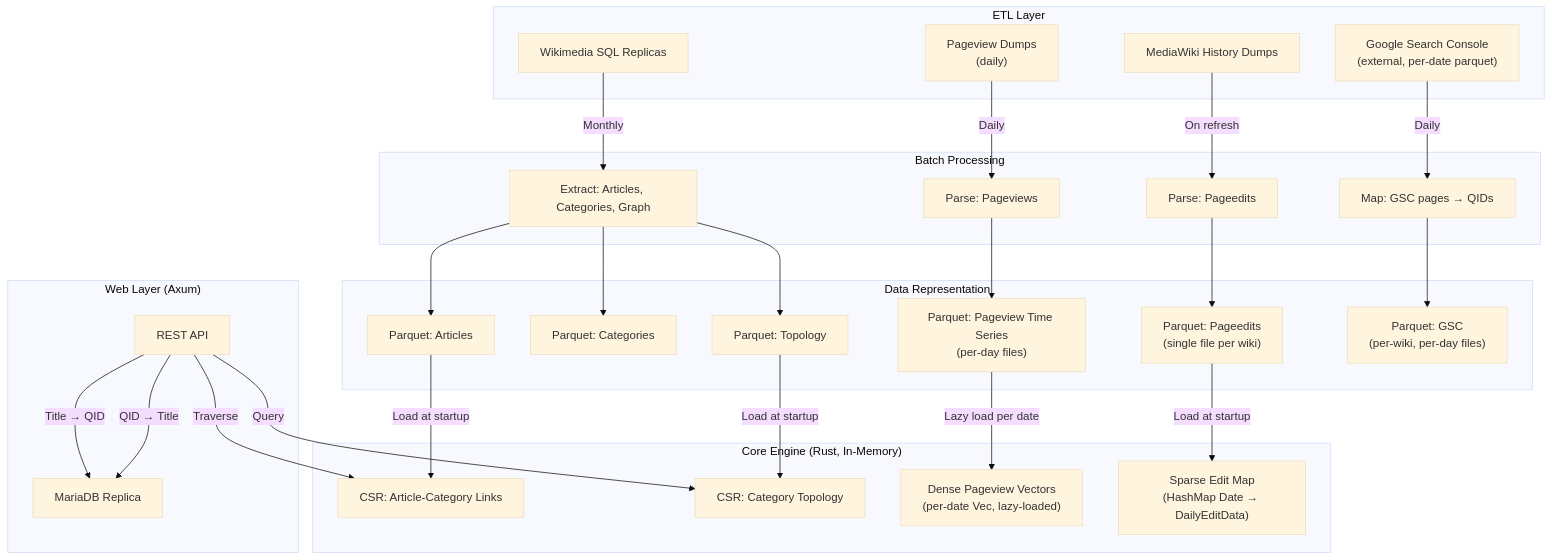
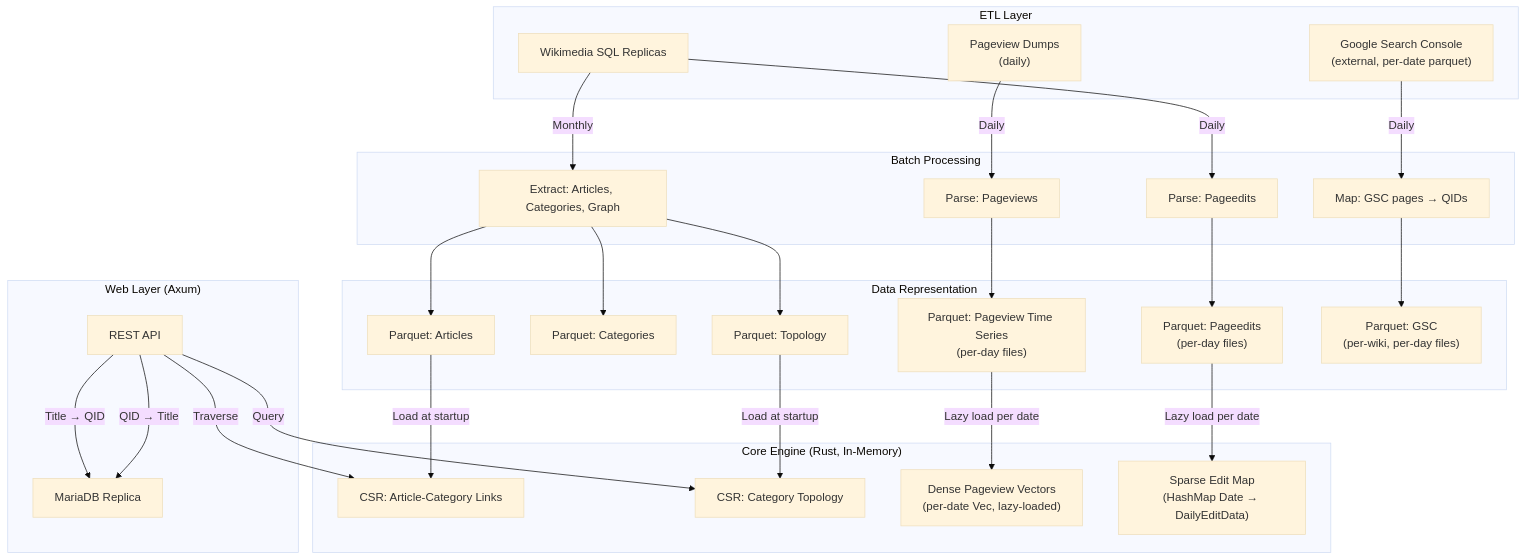
Before and after one commit to santhoshtr/topictrends: the diagram in README.md, drawn with Mermaid (base theme). The commit also changed other lines of this file and 7 other files, not shown here.

First line of the commit message:
pageedits: remove dump-based backfill, keep replica per-day fill

````diff
--- a/README.md
+++ b/README.md
@@ -40,59 +40,58 @@
 ```mermaid
 graph TD
     subgraph "ETL Layer"
         SQL["Wikimedia SQL Replicas"]
         PV_DUMPS["Pageview Dumps\n(daily)"]
-        PE_DUMPS["MediaWiki History Dumps"]
         GSC_DUMPS["Google Search Console\n(external, per-date parquet)"]
     end
 
     subgraph "Batch Processing"
         META["Extract: Articles, Categories, Graph"]
         PV_PROC["Parse: Pageviews"]
         PE_PROC["Parse: Pageedits"]
         GSC_PROC["Map: GSC pages → QIDs"]
     end
 
     subgraph "Data Representation"
         PQ_ART["Parquet: Articles"]
         PQ_CAT["Parquet: Categories"]
         PQ_GRAPH["Parquet: Topology"]
         PQ_PV["Parquet: Pageview Time Series\n(per-day files)"]
-        PQ_PE["Parquet: Pageedits\n(single file per wiki)"]
+        PQ_PE["Parquet: Pageedits\n(per-day files)"]
         PQ_GSC["Parquet: GSC\n(per-wiki, per-day files)"]
     end
 
     subgraph "Core Engine (Rust, In-Memory)"
         CSR_LINK["CSR: Article-Category Links"]
         CSR_TOPO["CSR: Category Topology"]
         DENSE_PV["Dense Pageview Vectors\n(per-date Vec<u32>, lazy-loaded)"]
         SPARSE_PE["Sparse Edit Map\n(HashMap Date → DailyEditData)"]
     end
 
     subgraph "Web Layer (Axum)"
         API["REST API"]
         DB_REP["MariaDB Replica"]
     end
 
     SQL -->|Monthly| META
+    SQL -->|Daily| PE_PROC
     PV_DUMPS -->|Daily| PV_PROC
-    PE_DUMPS -->|On refresh| PE_PROC
     GSC_DUMPS -->|Daily| GSC_PROC
 
     META --> PQ_ART
     META --> PQ_CAT
     META --> PQ_GRAPH
     PV_PROC --> PQ_PV
     PE_PROC --> PQ_PE
     GSC_PROC --> PQ_GSC
 
     PQ_ART -->|Load at startup| CSR_LINK
     PQ_GRAPH -->|Load at startup| CSR_TOPO
     PQ_PV -->|Lazy load per date| DENSE_PV
-    PQ_PE -->|Load at startup| SPARSE_PE
+    PQ_PE -->|Lazy load per date| SPARSE_PE
 
     API -->|Title → QID| DB_REP
     API -->|Query| CSR_TOPO
     API -->|Traverse| CSR_LINK
     API -->|QID → Title| DB_REP
 ```
````
